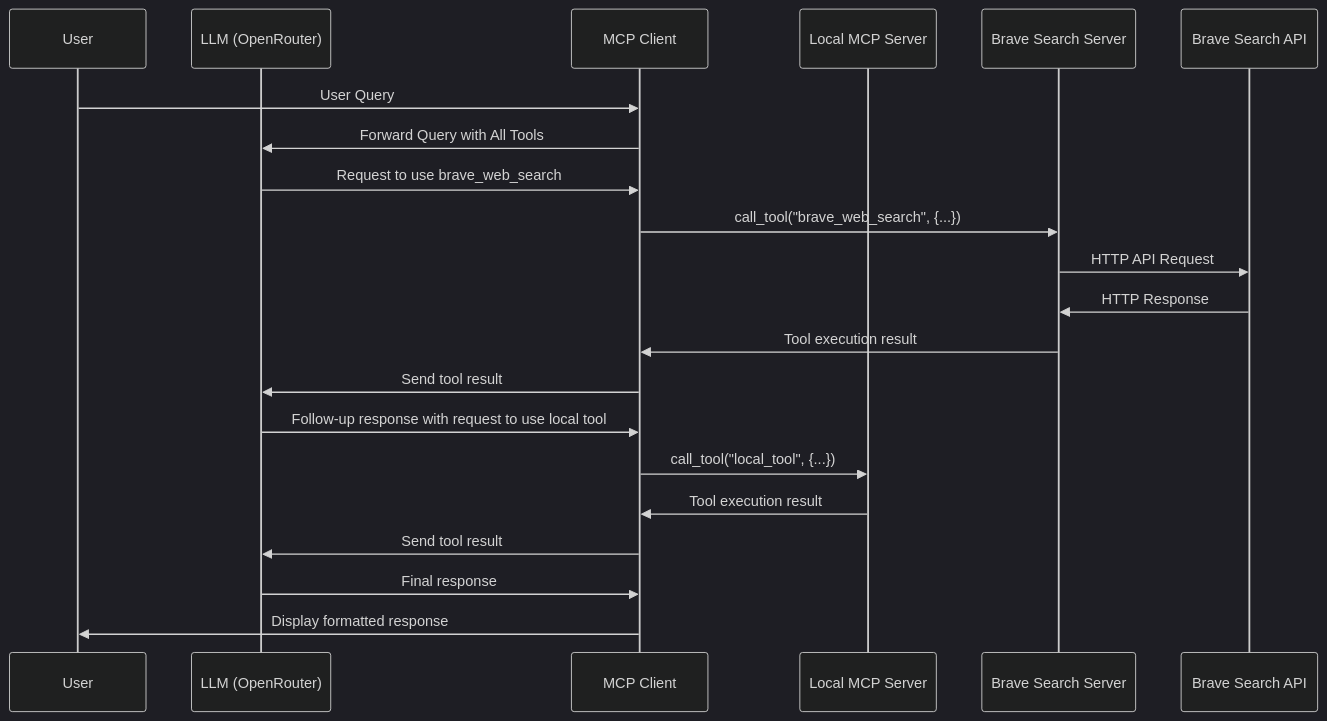
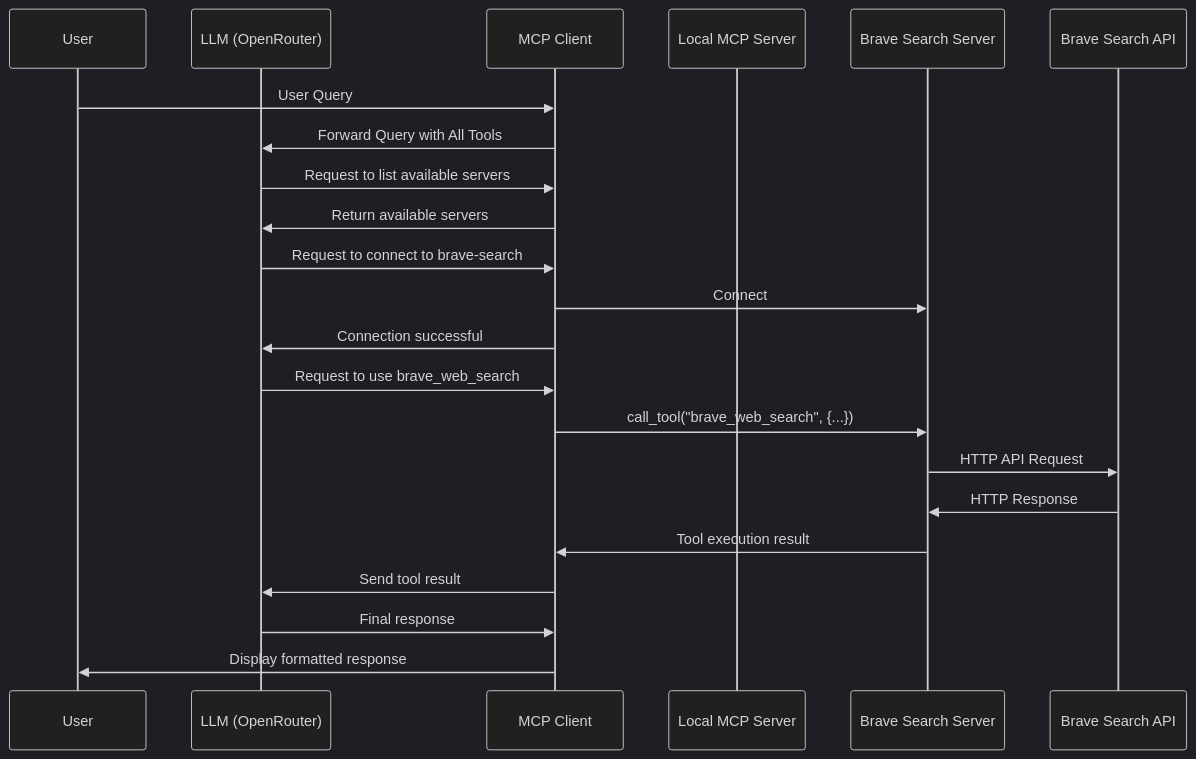
Before and after one commit to henrypugh/agents: the diagram in README.md, drawn with Mermaid (dark theme). The commit also changed other lines of this file and 5 other files, not shown here.

Commit message:
made it so that i can connect to the servers by specifying on start up or that i can begin without and add them as needed

````diff
--- a/README.md
+++ b/README.md
@@ -140,28 +151,29 @@
 ```mermaid
 sequenceDiagram
     participant User
     participant LLM as LLM (OpenRouter)
     participant Client as MCP Client
     participant LocalServer as Local MCP Server
     participant BraveServer as Brave Search Server
     participant BraveAPI as Brave Search API
 
     User->>Client: User Query
     Client->>LLM: Forward Query with All Tools
+    
+    LLM->>Client: Request to list available servers
+    Client->>LLM: Return available servers
+    
+    LLM->>Client: Request to connect to brave-search
+    Client->>BraveServer: Connect
+    Client->>LLM: Connection successful
+    
     LLM->>Client: Request to use brave_web_search
-    
     Client->>BraveServer: call_tool("brave_web_search", {...})
     BraveServer->>BraveAPI: HTTP API Request
     BraveAPI->>BraveServer: HTTP Response
     BraveServer->>Client: Tool execution result
     
     Client->>LLM: Send tool result
-    LLM->>Client: Follow-up response with request to use local tool
-    
-    Client->>LocalServer: call_tool("local_tool", {...})
-    LocalServer->>Client: Tool execution result
-    
-    Client->>LLM: Send tool result
     LLM->>Client: Final response
     Client->>User: Display formatted response
 ```
````
